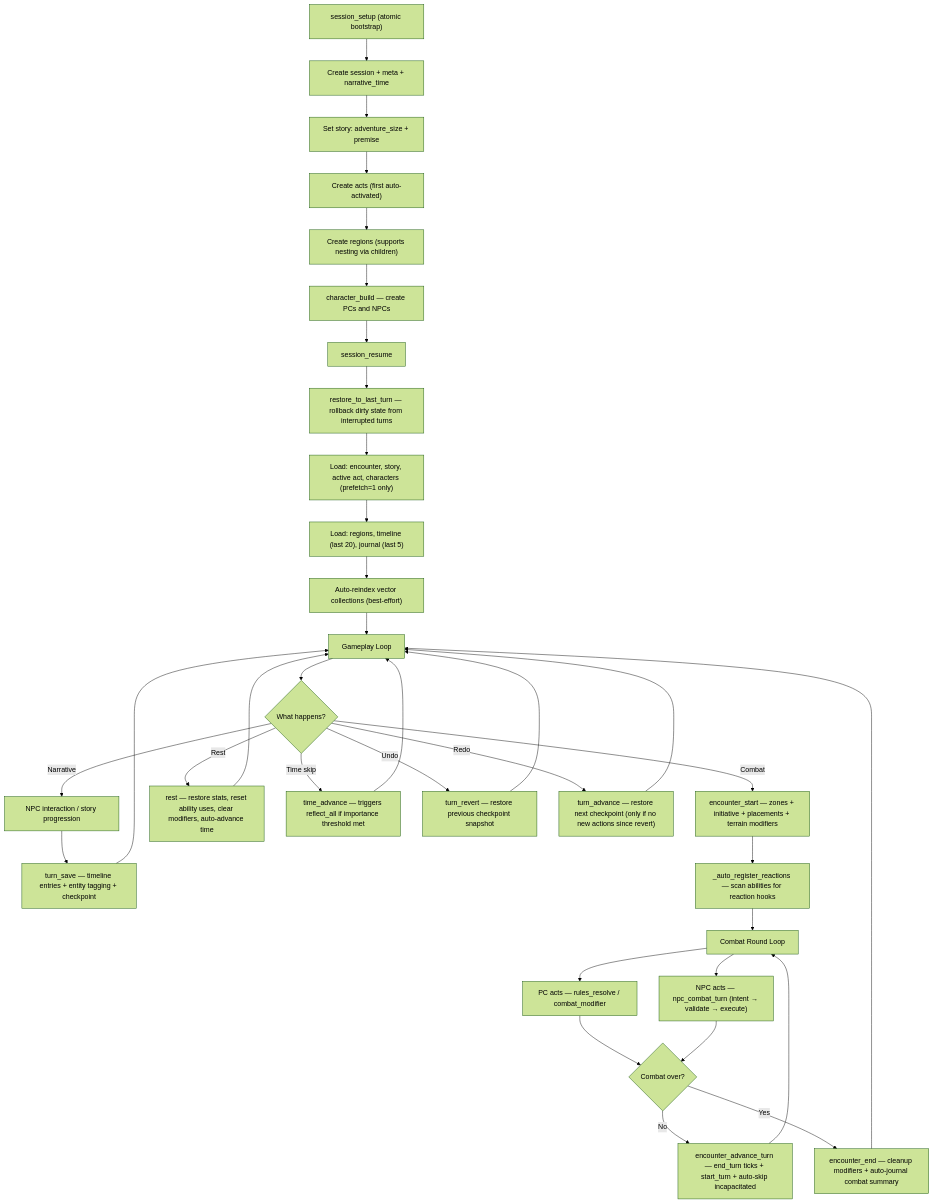
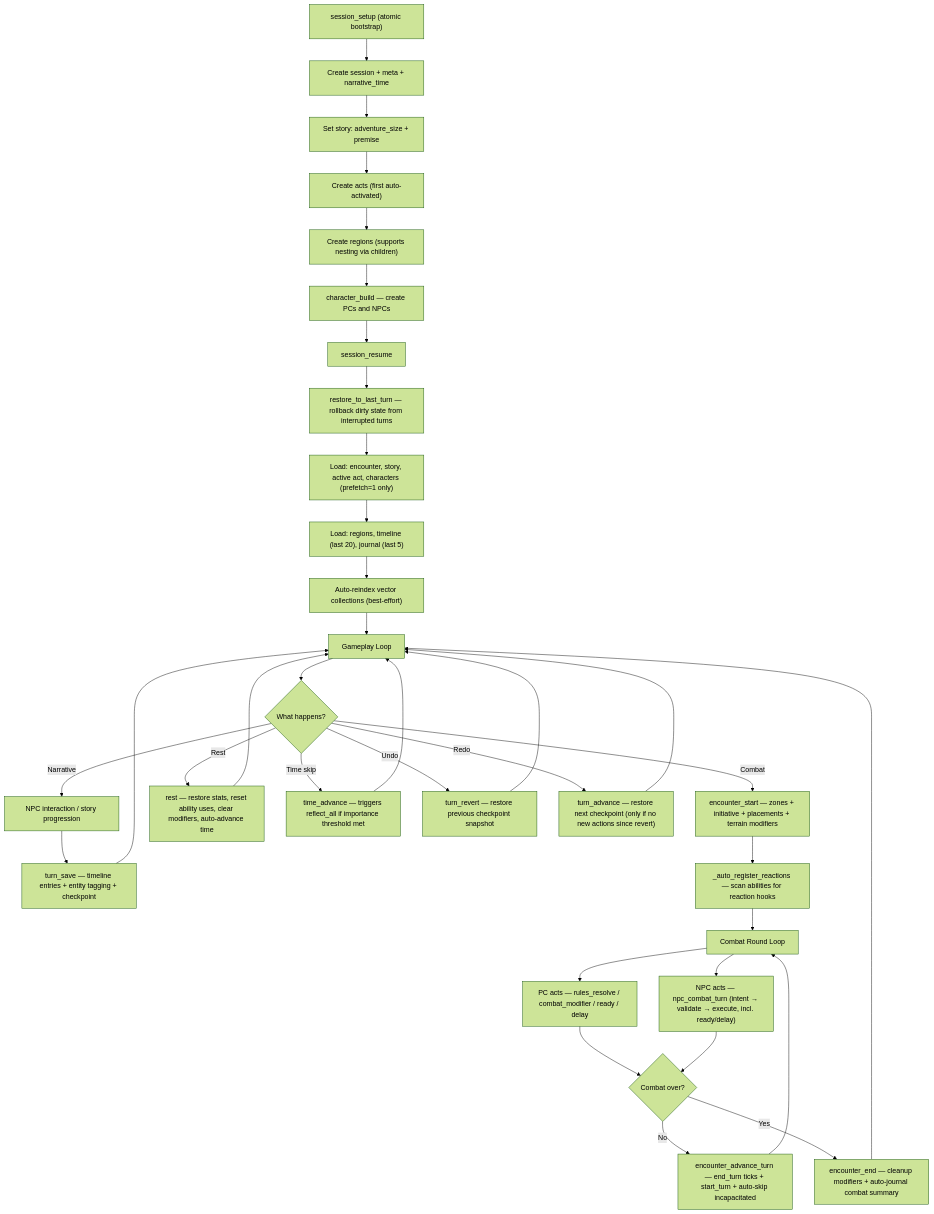
One commit to matluz1/lorekit changed the third of 9 diagrams in ARCHITECTURE.md. Above: the diagram before and after it, drawn with Mermaid (forest theme). The commit also changed other lines of this file, not shown here.

First line of the commit message:
docs: update ARCHITECTURE.md for ready/delay, resist, reactions, switch limits

````diff
--- a/ARCHITECTURE.md
+++ b/ARCHITECTURE.md
@@ -526,45 +527,45 @@
 ```mermaid
 flowchart TD
     A["session_setup (atomic bootstrap)"] --> B["Create session + meta + narrative_time"]
     B --> B1["Set story: adventure_size + premise"]
     B1 --> B2["Create acts (first auto-activated)"]
     B2 --> B3["Create regions (supports nesting via children)"]
     B3 --> C["character_build — create PCs and NPCs"]
 
     C --> D[session_resume]
     D --> D1["restore_to_last_turn — rollback dirty state from interrupted turns"]
     D1 --> D2["Load: encounter, story, active act, characters (prefetch=1 only)"]
     D2 --> D3["Load: regions, timeline (last 20), journal (last 5)"]
     D3 --> D4["Auto-reindex vector collections (best-effort)"]
     D4 --> E[Gameplay Loop]
 
     E --> F{What happens?}
 
     F -->|Narrative| G[NPC interaction / story progression]
     G --> G1["turn_save — timeline entries + entity tagging + checkpoint"]
     G1 --> E
 
     F -->|Combat| H["encounter_start — zones + initiative + placements + terrain modifiers"]
     H --> H1["_auto_register_reactions — scan abilities for reaction hooks"]
     H1 --> I[Combat Round Loop]
-    I --> I1["PC acts — rules_resolve / combat_modifier"]
-    I --> I2["NPC acts — npc_combat_turn (intent → validate → execute)"]
+    I --> I1["PC acts — rules_resolve / combat_modifier / ready / delay"]
+    I --> I2["NPC acts — npc_combat_turn (intent → validate → execute, incl. ready/delay)"]
     I1 --> I3{Combat over?}
     I2 --> I3
     I3 -->|No| I4["encounter_advance_turn — end_turn ticks + start_turn + auto-skip incapacitated"]
     I4 --> I
     I3 -->|Yes| J["encounter_end — cleanup modifiers + auto-journal combat summary"]
     J --> E
 
     F -->|Rest| K["rest — restore stats, reset ability uses, clear modifiers, auto-advance time"]
     K --> E
 
     F -->|Time skip| L["time_advance — triggers reflect_all if importance threshold met"]
     L --> E
 
     F -->|Undo| M["turn_revert — restore previous checkpoint snapshot"]
     M --> E
 
     F -->|Redo| N["turn_advance — restore next checkpoint (only if no new actions since revert)"]
     N --> E
 ```
````
